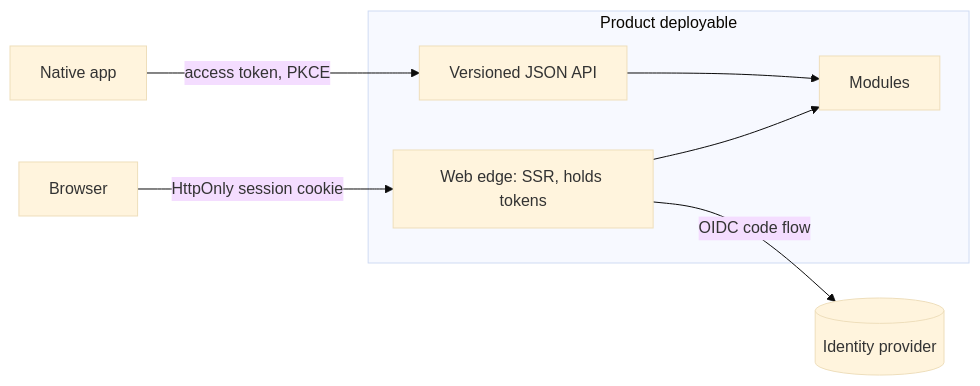
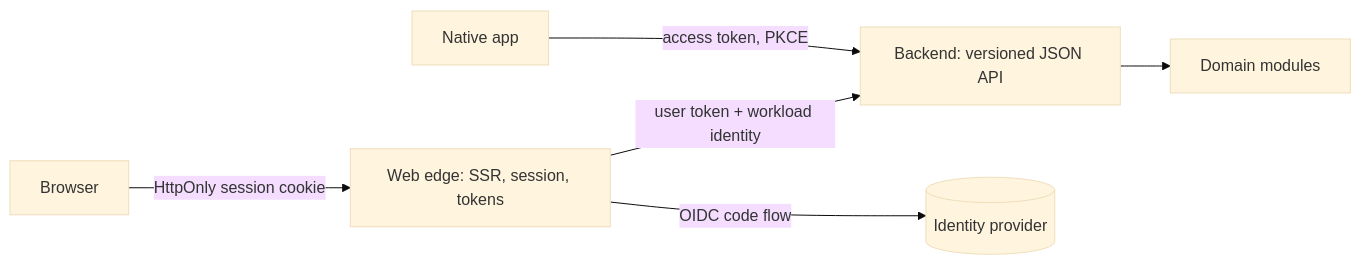
The diagram in home/skills/simple-architecture/reference/frontend.md (epiccoolguy/autonix), drawn with Mermaid (base theme) before and after one commit. The commit also changed other lines of this file and 2 other files, not shown here.

Commit message:
feat(skills): add language policy and split web edge for differing runtimes

````diff
--- a/home/skills/simple-architecture/reference/frontend.md
+++ b/home/skills/simple-architecture/reference/frontend.md
@@ -12,10 +13,8 @@
 ```mermaid
 flowchart LR
-    BR[Browser] -- "HttpOnly session cookie" --> WE
+    BR[Browser] -- "HttpOnly session cookie" --> WE[Web edge: SSR, session, tokens]
     NA[Native app] -- "access token, PKCE" --> API
-    subgraph P["Product deployable"]
-        WE[Web edge: SSR, holds tokens] --> MOD[Modules]
-        API[Versioned JSON API] --> MOD
-    end
+    WE -- "user token + workload identity" --> API[Backend: versioned JSON API]
+    API --> MOD[Domain modules]
     WE -- "OIDC code flow" --> IDP[(Identity provider)]
 ```
````
